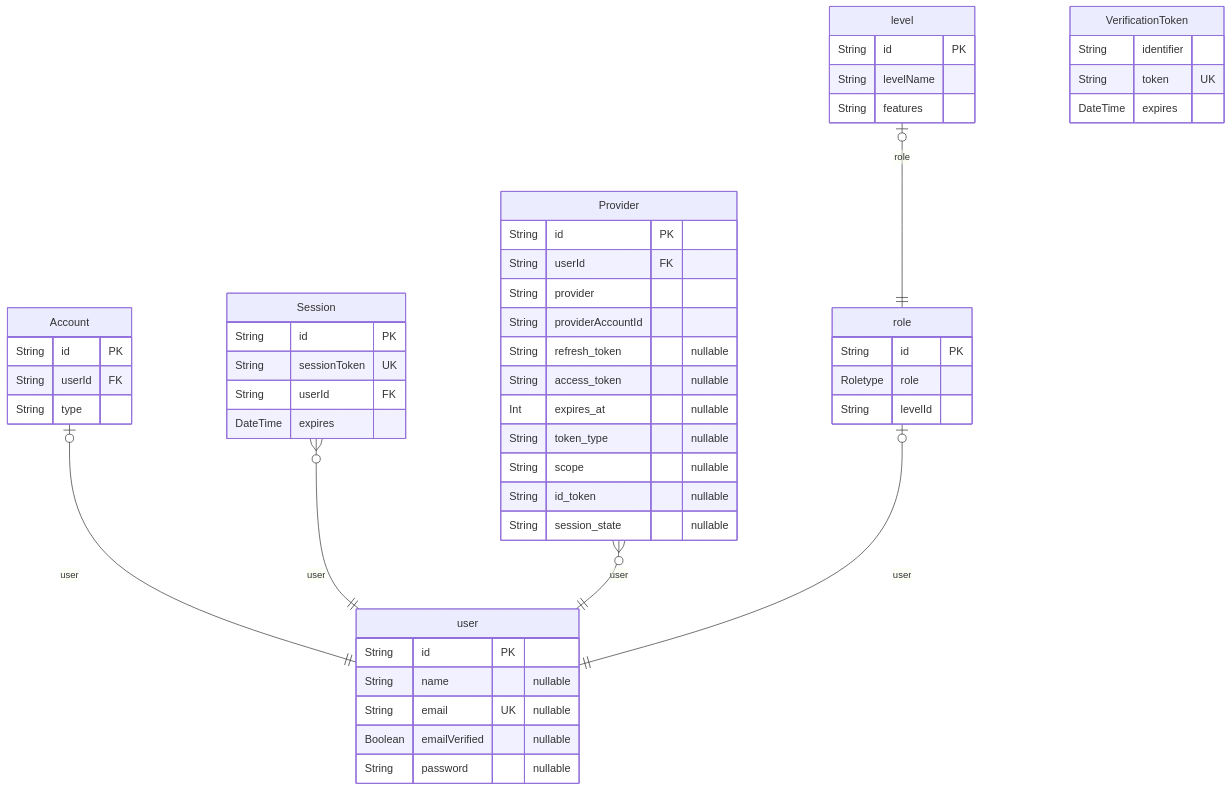
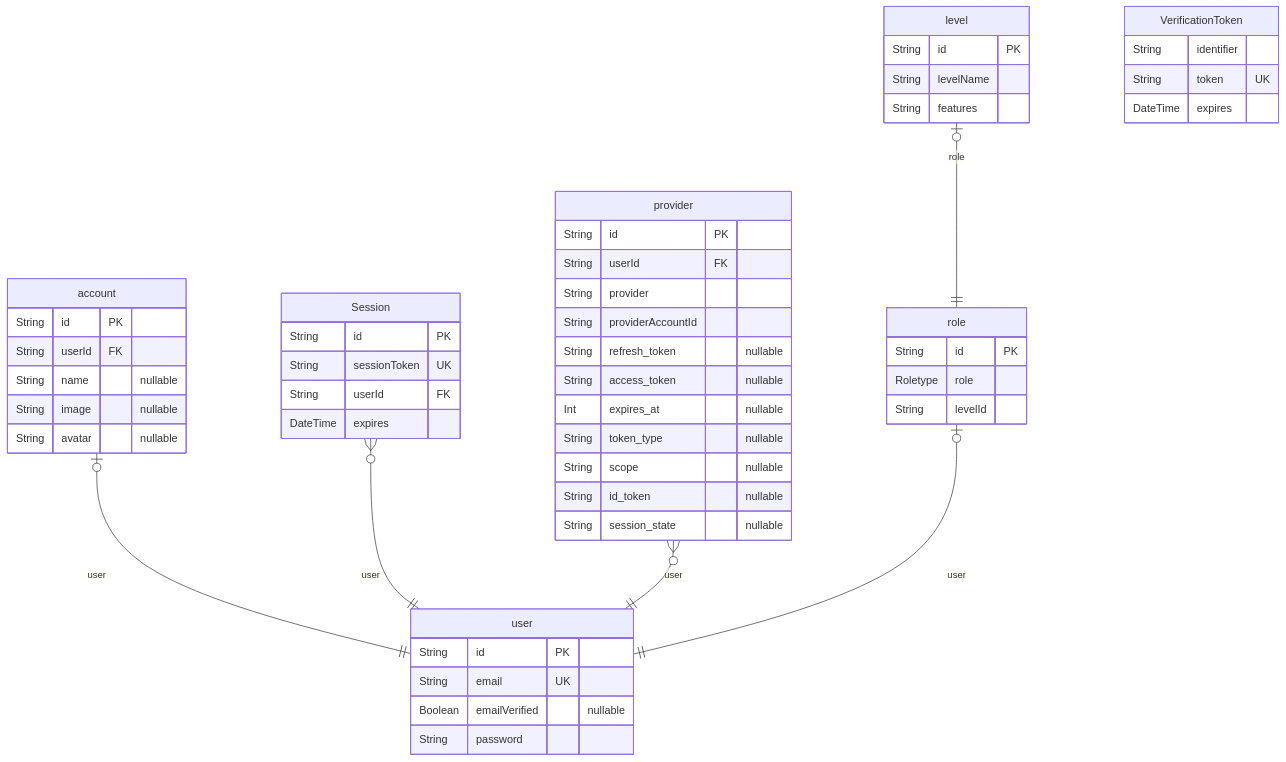
The diagram in public/erd/ERD.md (Hstu-dojo/HKDOfficial), drawn with Mermaid before and after one commit. The commit also changed other lines of this file and 4 other files, not shown here.

````diff
--- a/public/erd/ERD.md
+++ b/public/erd/ERD.md
@@ -7,54 +7,55 @@
 ```mermaid
 erDiagram
-"Account" {
+"account" {
     String id PK
     String userId FK
-    String type
+    String name "nullable"
+    String image "nullable"
+    String avatar "nullable"
 }
 "Session" {
     String id PK
     String sessionToken UK
     String userId FK
     DateTime expires
 }
 "user" {
     String id PK
-    String name "nullable"
-    String email UK "nullable"
+    String email UK
     Boolean emailVerified "nullable"
-    String password "nullable"
+    String password
 }
-"Provider" {
+"provider" {
     String id PK
     String userId FK
     String provider
     String providerAccountId
     String refresh_token "nullable"
     String access_token "nullable"
     Int expires_at "nullable"
     String token_type "nullable"
     String scope "nullable"
     String id_token "nullable"
     String session_state "nullable"
 }
 "role" {
     String id PK
     Roletype role
     String levelId
 }
 "level" {
     String id PK
     String levelName
     String features
 }
 "VerificationToken" {
     String identifier
     String token UK
     DateTime expires
 }
-"Account" |o--|| "user" : user
+"account" |o--|| "user" : user
 "Session" }o--|| "user" : user
-"Provider" }o--|| "user" : user
+"provider" }o--|| "user" : user
 "role" |o--|| "user" : user
 "level" |o--|| "role" : role
 ```
````
